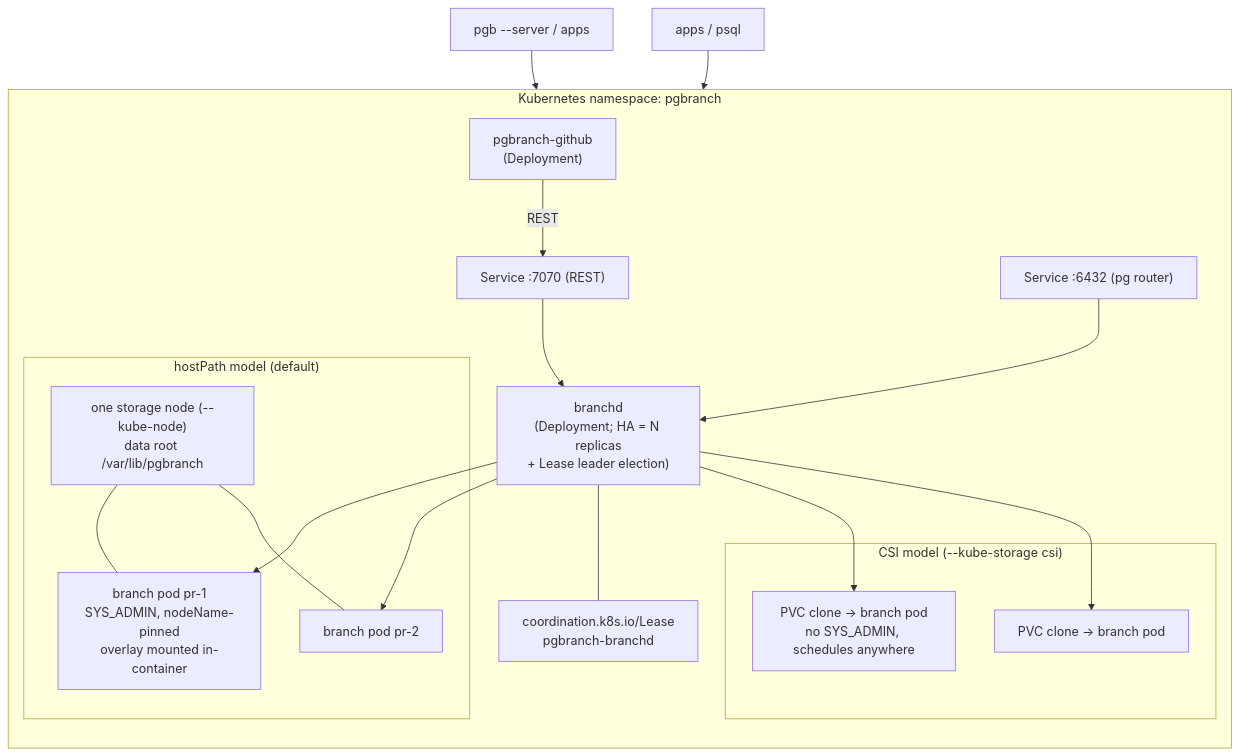
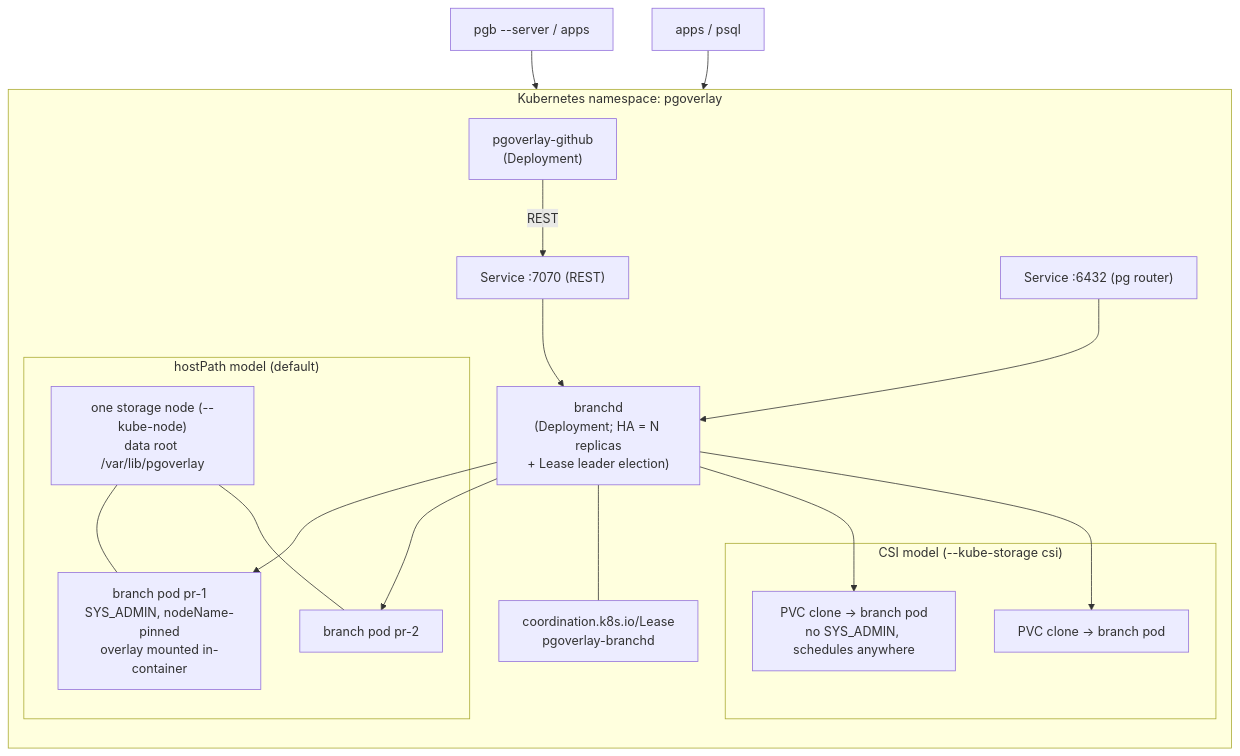
Before and after one commit to abd-ulbasit/pgoverlay: the fifth of 5 diagrams in docs/code-tour.md, drawn with Mermaid. The commit also changed other lines of this file and 159 other files, not shown here.

````diff
--- a/docs/code-tour.md
+++ b/docs/code-tour.md
@@ -415,35 +415,35 @@
 ```mermaid
 graph TB
-    subgraph cluster["Kubernetes namespace: pgbranch"]
+    subgraph cluster["Kubernetes namespace: pgoverlay"]
         direction TB
-        ghk["pgbranch-github<br/>(Deployment)"]
+        ghk["pgoverlay-github<br/>(Deployment)"]
         bd["branchd<br/>(Deployment; HA = N replicas<br/>+ Lease leader election)"]
-        lease["coordination.k8s.io/Lease<br/>pgbranch-branchd"]
+        lease["coordination.k8s.io/Lease<br/>pgoverlay-branchd"]
         svcapi["Service :7070 (REST)"]
         svcpx["Service :6432 (pg router)"]
 
         subgraph hostpath["hostPath model (default)"]
-            node["one storage node (--kube-node)<br/>data root /var/lib/pgbranch"]
+            node["one storage node (--kube-node)<br/>data root /var/lib/pgoverlay"]
             bp1["branch pod pr-1<br/>SYS_ADMIN, nodeName-pinned<br/>overlay mounted in-container"]
             bp2["branch pod pr-2"]
             node --- bp1
             node --- bp2
         end
 
         subgraph csi["CSI model (--kube-storage csi)"]
             pvc1["PVC clone → branch pod<br/>no SYS_ADMIN, schedules anywhere"]
             pvc2["PVC clone → branch pod"]
         end
 
         ghk -->|REST| svcapi --> bd
         bd --- lease
         bd --> bp1
         bd --> bp2
         bd --> pvc1
         bd --> pvc2
         svcpx --> bd
     end
 
     dev["pgb --server / apps"] --> svcapi
     dev2["apps / psql"] --> svcpx
 ```
````
